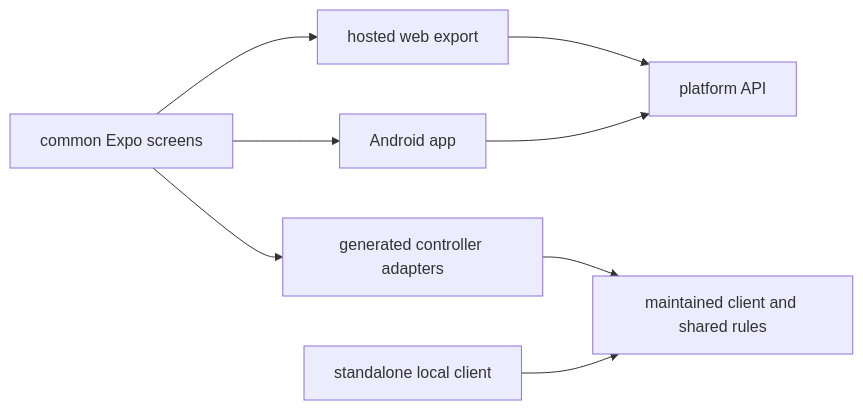
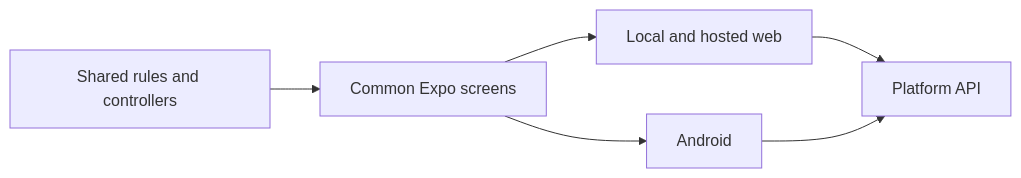
The diagram in docs/architecture/10-overview.md (JaceDashS/japanese-companion), drawn with Mermaid before and after one commit. The commit also changed other lines of this file and 162 other files, not shown here.

First line of the commit message:
[refactor] Unify web and Android client sources

````diff
--- a/docs/architecture/10-overview.md
+++ b/docs/architecture/10-overview.md
@@ -11,10 +12,8 @@
 ```mermaid
 flowchart LR
- C["common Expo screens"] --> W["hosted web export"]
- C --> M["Android app"]
- C --> G["generated controller adapters"]
- G --> S["maintained client and shared rules"]
- L["standalone local client"] --> S
- W --> A["platform API"]
- M --> A
+ S["Shared rules and controllers"] --> E["Common Expo screens"]
+ E --> W["Local and hosted web"]
+ E --> N["Android"]
+ W --> A["Platform API"]
+ N --> A
 ```
````
